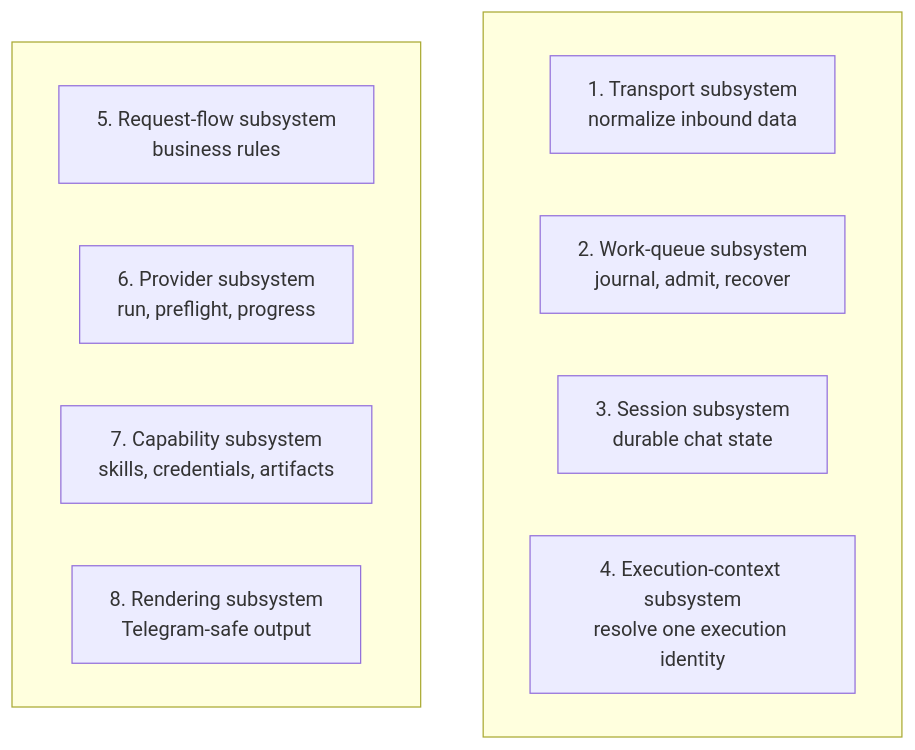
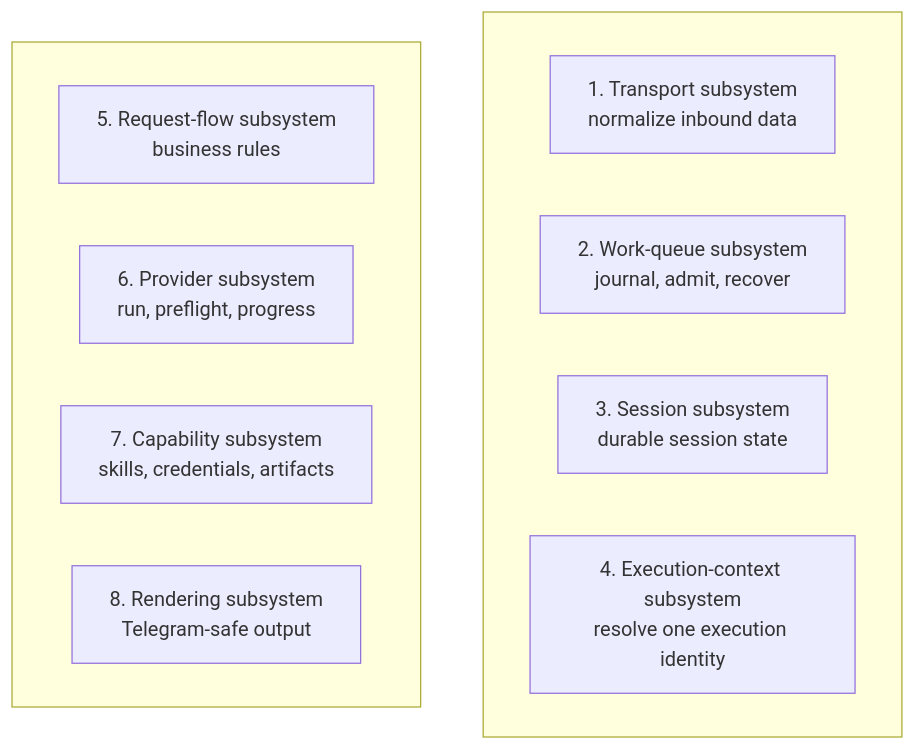
One commit to privacynow/octopus changed the second of 8 diagrams in docs/ARCHITECTURE.md. Above: the diagram before and after it, drawn with Mermaid. The commit also changed other lines of this file, not shown here.

Commit message:
Refresh architecture doc for neutral runtime identities

````diff
--- a/docs/ARCHITECTURE.md
+++ b/docs/ARCHITECTURE.md
@@ -164,18 +166,18 @@
 ```mermaid
 flowchart TB
     subgraph ROW1[" "]
         direction LR
         B1["1. Transport subsystem<br/>normalize inbound data"]
         B2["2. Work-queue subsystem<br/>journal, admit, recover"]
-        B3["3. Session subsystem<br/>durable chat state"]
+        B3["3. Session subsystem<br/>durable session state"]
         B4["4. Execution-context subsystem<br/>resolve one execution identity"]
     end
 
     subgraph ROW2[" "]
         direction LR
         B5["5. Request-flow subsystem<br/>business rules"]
         B6["6. Provider subsystem<br/>run, preflight, progress"]
         B7["7. Capability subsystem<br/>skills, credentials, artifacts"]
         B8["8. Rendering subsystem<br/>Telegram-safe output"]
     end
 ```
````
